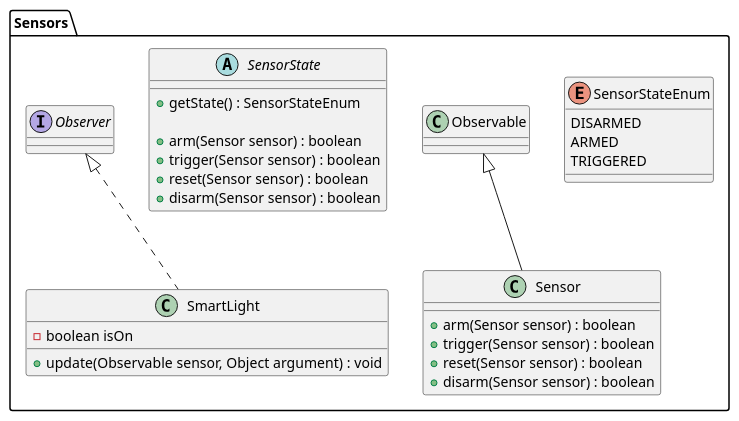
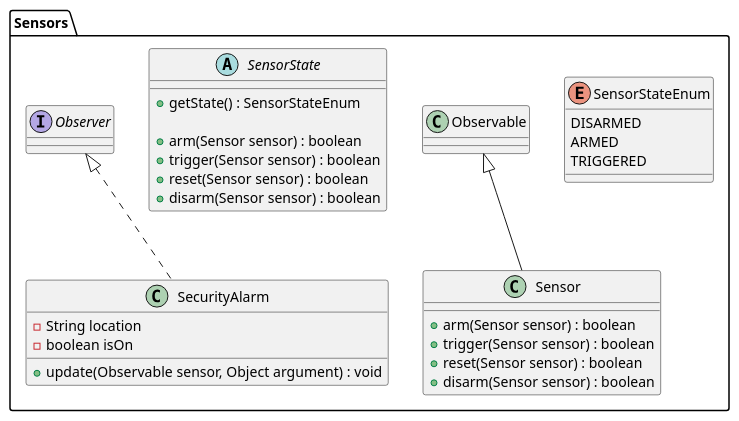
The diagram in src/main/java/assignments/sensors/ClassDiagram.puml (gabdumal/dcc078), drawn with PlantUML before and after one commit. The commit also changed 4 other files, not shown here.

Commit message:
Define Sensor e SecurityAlarm

```diff
--- a/src/main/java/assignments/sensors/ClassDiagram.puml
+++ b/src/main/java/assignments/sensors/ClassDiagram.puml
@@ -1,38 +1,39 @@
 @startuml
 'https://plantuml.com/class-diagram
 
 'left to right direction
 
 package sensors_package as "Sensors" {
 
 enum SensorStateEnum {
     DISARMED
     ARMED
     TRIGGERED
 }
 
 class Sensor extends Observable {
     + arm(Sensor sensor) : boolean
     + trigger(Sensor sensor) : boolean
     + reset(Sensor sensor) : boolean
     + disarm(Sensor sensor) : boolean
 }
 
 abstract class SensorState {
     + getState() : SensorStateEnum
 
     + arm(Sensor sensor) : boolean
     + trigger(Sensor sensor) : boolean
     + reset(Sensor sensor) : boolean
     + disarm(Sensor sensor) : boolean
 }
 
-class SmartLight implements Observer {
+class SecurityAlarm implements Observer {
+    - String location
     - boolean isOn
 
     + update(Observable sensor, Object argument) : void
 }
 
 }
 
 @enduml
```
